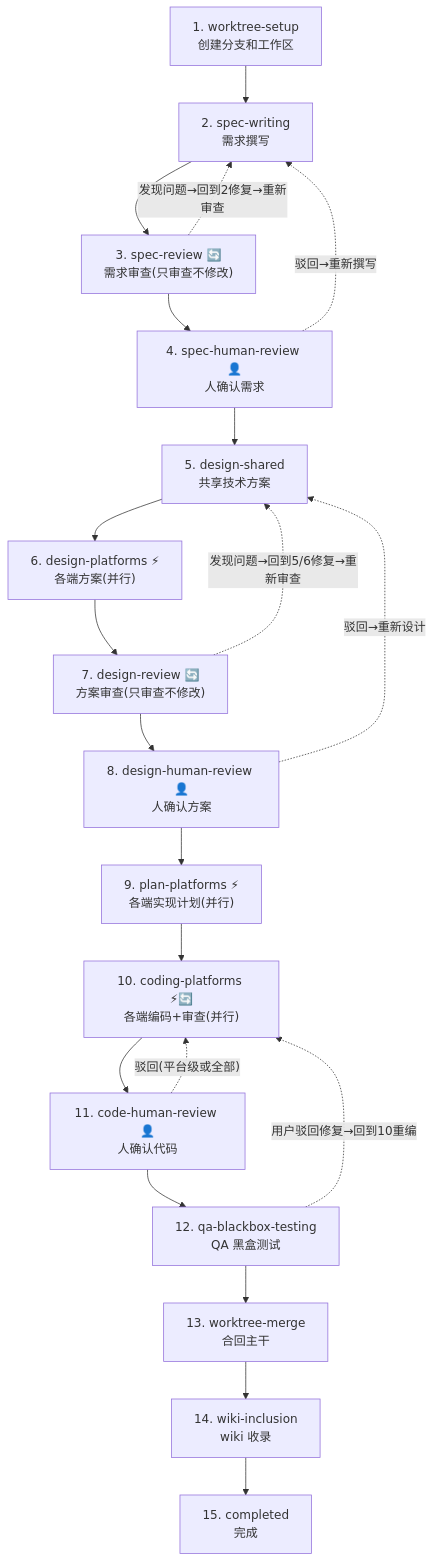
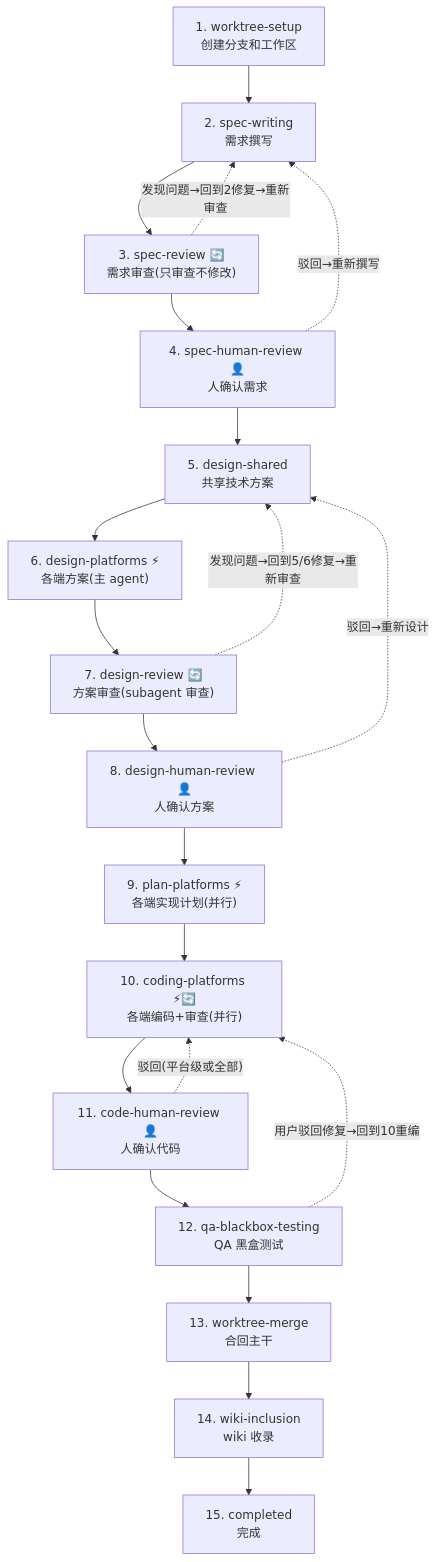
Before and after one commit to djs66256/fork-any-application: the diagram in .claude/skills/feature-workflow/SKILL.md, drawn with Mermaid. The commit also changed other lines of this file and 7 other files, not shown here.

First line of the commit message:
refactor(feature-workflow): spec 和 design 阶段不使用 subagent，review 保持独立 subagent

````diff
--- a/.claude/skills/feature-workflow/SKILL.md
+++ b/.claude/skills/feature-workflow/SKILL.md
@@ -46,24 +46,24 @@
 ```mermaid
 flowchart TD
     A["1. worktree-setup<br/>创建分支和工作区"] --> B["2. spec-writing<br/>需求撰写"]
     B --> C["3. spec-review 🔄<br/>需求审查(只审查不修改)"]
     C -. "发现问题→回到2修复→重新审查" .-> B
     C --> D["4. spec-human-review 👤<br/>人确认需求"]
     D --> E["5. design-shared<br/>共享技术方案"]
-    E --> F["6. design-platforms ⚡<br/>各端方案(并行)"]
-    F --> G["7. design-review 🔄<br/>方案审查(只审查不修改)"]
+    E --> F["6. design-platforms ⚡<br/>各端方案(主 agent)"]
+    F --> G["7. design-review 🔄<br/>方案审查(subagent 审查)"]
     G -. "发现问题→回到5/6修复→重新审查" .-> E
     G --> H["8. design-human-review 👤<br/>人确认方案"]
     H --> I["9. plan-platforms ⚡<br/>各端实现计划(并行)"]
     I --> J["10. coding-platforms ⚡🔄<br/>各端编码+审查(并行)"]
     J --> K["11. code-human-review 👤<br/>人确认代码"]
     K --> L["12. qa-blackbox-testing<br/>QA 黑盒测试"]
     L -. "用户驳回修复→回到10重编" .-> J
     L --> M["13. worktree-merge<br/>合回主干"]
     M --> N["14. wiki-inclusion<br/>wiki 收录"]
     N --> O["15. completed<br/>完成"]
 
     D -. "驳回→重新撰写" .-> B
     H -. "驳回→重新设计" .-> E
     K -. "驳回(平台级或全部)" .-> J
 ```
````
